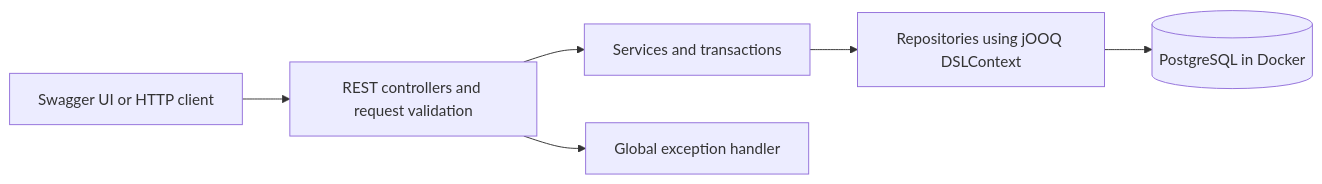
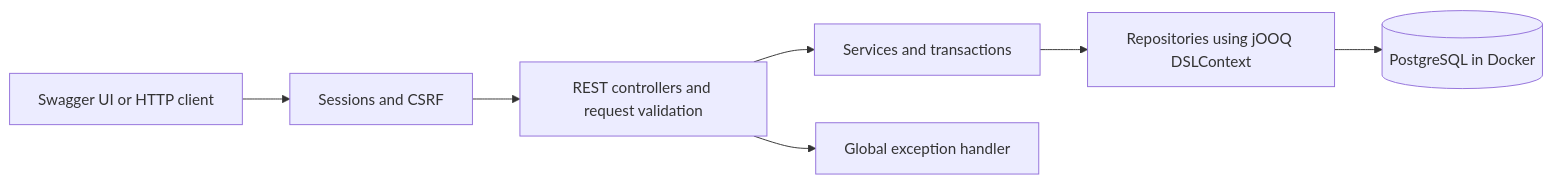
The diagram in docs/architecture.md (Tomescu-Andrei/marketplace-multi-category), drawn with Mermaid before and after one commit. The commit also changed other lines of this file and 37 other files, not shown here.

````diff
--- a/docs/architecture.md
+++ b/docs/architecture.md
@@ -9,8 +10,9 @@
 ```mermaid
 flowchart LR
-    Client[Swagger UI or HTTP client] --> Controller[REST controllers and request validation]
+    Client[Swagger UI or HTTP client] --> Security[Sessions and CSRF]
+    Security --> Controller[REST controllers and request validation]
     Controller --> Service[Services and transactions]
     Service --> Repository[Repositories using jOOQ DSLContext]
     Repository --> DB[(PostgreSQL in Docker)]
     Controller --> Advice[Global exception handler]
 ```
````
